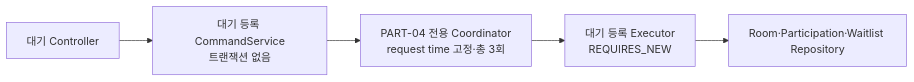
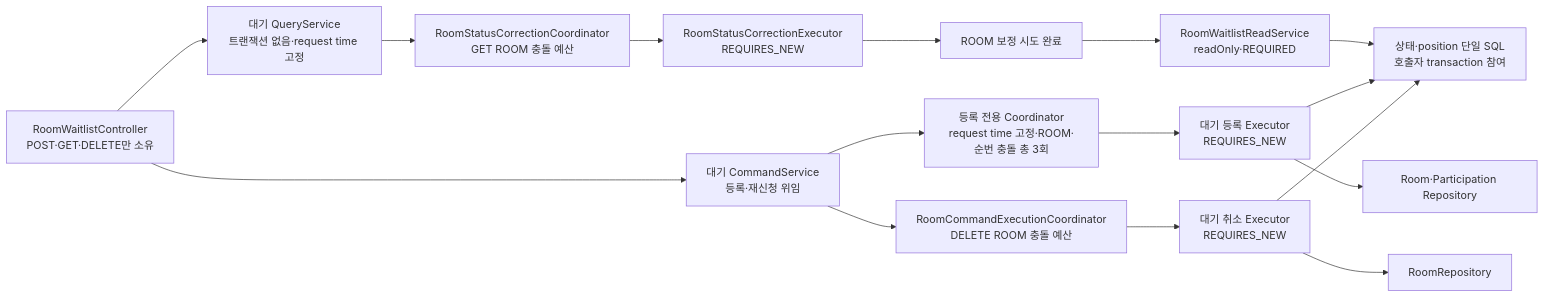
One commit to bamsongi-club/albam-mate changed the fourth of 7 diagrams in docs/ARCHITECTURE.md. Above: the diagram before and after it, drawn with Mermaid. The commit also changed other lines of this file and 5 other files, not shown here.

````diff
--- a/docs/ARCHITECTURE.md
+++ b/docs/ARCHITECTURE.md
@@ -238,7 +240,18 @@
 ```mermaid
 flowchart LR
-    waitlistController["대기 Controller"] --> waitlistCommand["대기 등록 CommandService<br/>트랜잭션 없음"]
-    waitlistCommand --> waitlistCoordinator["PART-04 전용 Coordinator<br/>request time 고정·총 3회"]
+    waitlistController["RoomWaitlistController<br/>POST·GET·DELETE만 소유"] --> waitlistQuery["대기 QueryService<br/>트랜잭션 없음·request time 고정"]
+    waitlistQuery --> statusCoordinator["RoomStatusCorrectionCoordinator<br/>GET ROOM 충돌 예산"]
+    statusCoordinator --> statusExecutor["RoomStatusCorrectionExecutor<br/>REQUIRES_NEW"]
+    statusExecutor --> correctionCommitted["ROOM 보정 시도 완료"]
+    correctionCommitted --> waitlistRead["RoomWaitlistReadService<br/>readOnly·REQUIRED"]
+    waitlistRead --> waitlistRepository["상태·position 단일 SQL<br/>호출자 transaction 참여"]
+    waitlistController --> waitlistCommand["대기 CommandService<br/>등록·재신청 위임"]
+    waitlistCommand --> waitlistCoordinator["등록 전용 Coordinator<br/>request time 고정·ROOM·순번 충돌 총 3회"]
     waitlistCoordinator --> waitlistExecutor["대기 등록 Executor<br/>REQUIRES_NEW"]
-    waitlistExecutor --> waitlistRepositories["Room·Participation·Waitlist Repository"]
+    waitlistExecutor --> waitlistRepositories["Room·Participation Repository"]
+    waitlistExecutor --> waitlistRepository
+    waitlistCommand --> roomCommandCoordinator["RoomCommandExecutionCoordinator<br/>DELETE ROOM 충돌 예산"]
+    roomCommandCoordinator --> waitlistCancelExecutor["대기 취소 Executor<br/>REQUIRES_NEW"]
+    waitlistCancelExecutor --> roomRepository["RoomRepository"]
+    waitlistCancelExecutor --> waitlistRepository
 ```
````
